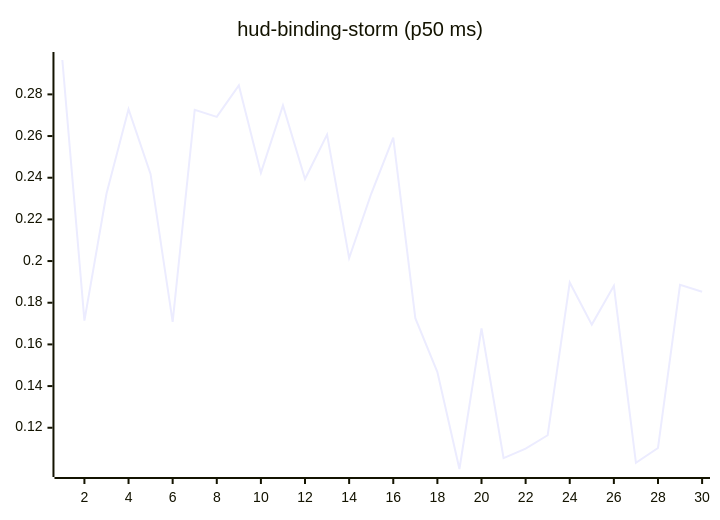
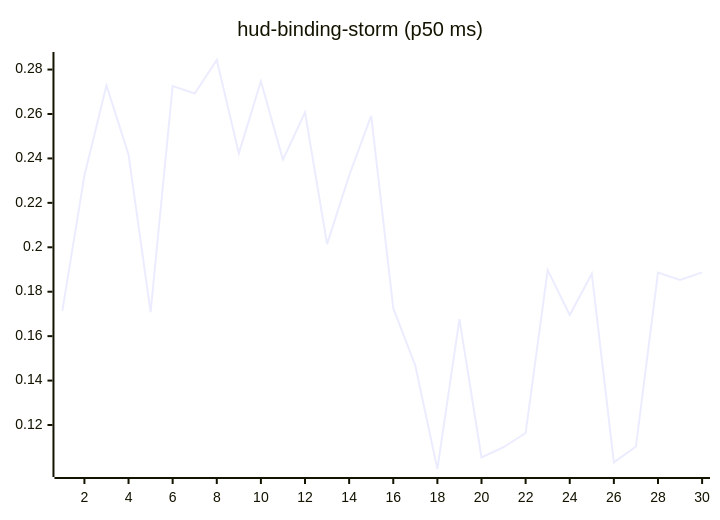
The tenth of 27 diagrams in README.md (josha/Facet), drawn with Mermaid before and after one commit. The commit also changed other lines of this file and 2 other files, not shown here.

````diff
--- a/README.md
+++ b/README.md
@@ -126,6 +126,6 @@
 ```mermaid
 xychart-beta
     title "hud-binding-storm (p50 ms)"
     x-axis 1 --> 30
-    line [0.2965, 0.1714, 0.2323, 0.2729, 0.2417, 0.1708, 0.2726, 0.2692, 0.2843, 0.2423, 0.2747, 0.2394, 0.2607, 0.2014, 0.2323, 0.2592, 0.1726, 0.1467, 0.1002, 0.1677, 0.1054, 0.1100, 0.1164, 0.1897, 0.1695, 0.1881, 0.1032, 0.1103, 0.1886, 0.1853]
+    line [0.1714, 0.2323, 0.2729, 0.2417, 0.1708, 0.2726, 0.2692, 0.2843, 0.2423, 0.2747, 0.2394, 0.2607, 0.2014, 0.2323, 0.2592, 0.1726, 0.1467, 0.1002, 0.1677, 0.1054, 0.1100, 0.1164, 0.1897, 0.1695, 0.1881, 0.1032, 0.1103, 0.1886, 0.1853, 0.1887]
 ```
````
